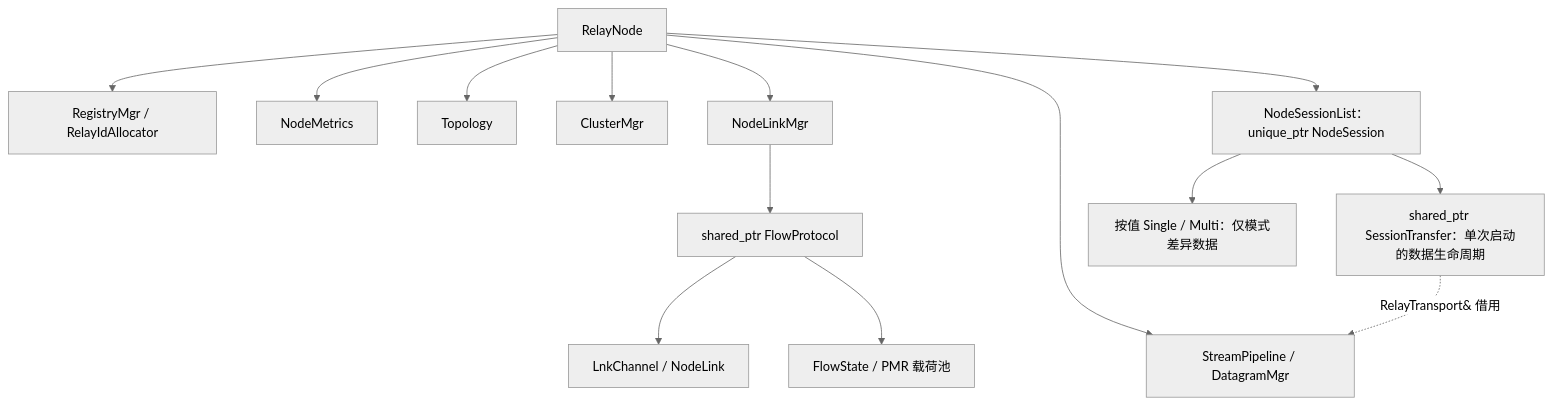
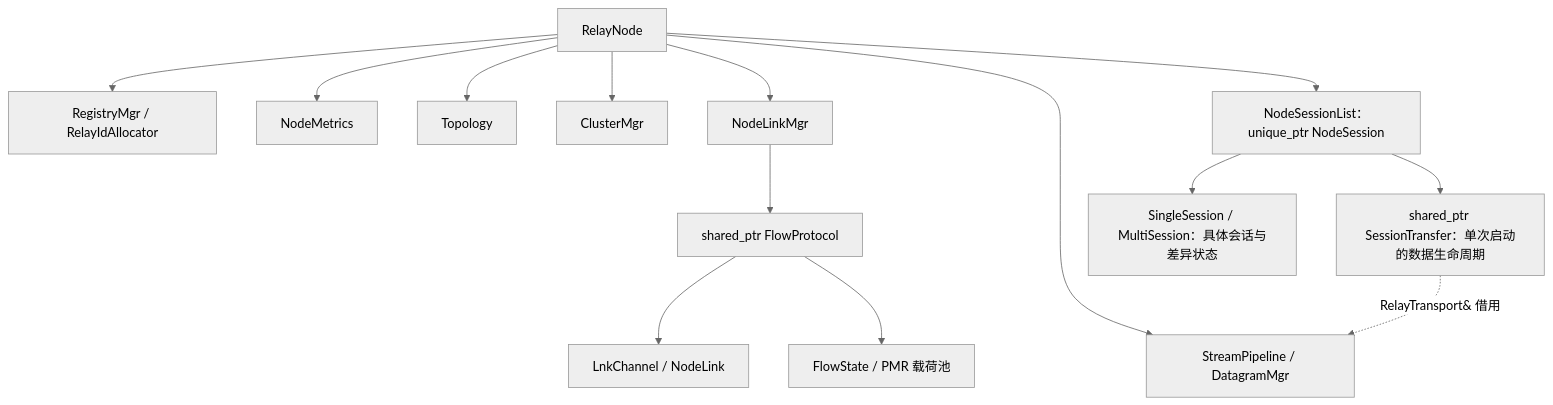
Before and after one commit to Xtinc/relayweave: the third of 21 diagrams in docs/RelayWeave设计.md, drawn with Mermaid (neutral theme). The commit also changed other lines of this file and 8 other files, not shown here.

````diff
--- a/docs/RelayWeave设计.md
+++ b/docs/RelayWeave设计.md
@@ -182,16 +191,16 @@
 ```mermaid
 flowchart TD
     Root["RelayNode"] --> Registry["RegistryMgr / RelayIdAllocator"]
     Root --> Metrics["NodeMetrics"]
     Root --> Topology["Topology"]
     Root --> Cluster["ClusterMgr"]
     Root --> Manager["NodeLinkMgr"]
     Manager --> Protocol["shared_ptr FlowProtocol"]
     Protocol --> Link["LnkChannel / NodeLink"]
     Protocol --> Flows["FlowState / PMR 载荷池"]
     Root --> Pipelines["StreamPipeline / DatagramMgr"]
     Root --> Sessions["NodeSessionList：unique_ptr NodeSession"]
-    Sessions --> Mode["按值 Single / Multi：仅模式差异数据"]
+    Sessions --> Mode["SingleSession / MultiSession：具体会话与差异状态"]
     Sessions --> DataTask["shared_ptr SessionTransfer：单次启动的数据生命周期"]
     DataTask -. "RelayTransport& 借用" .-> Pipelines
 ```
````
